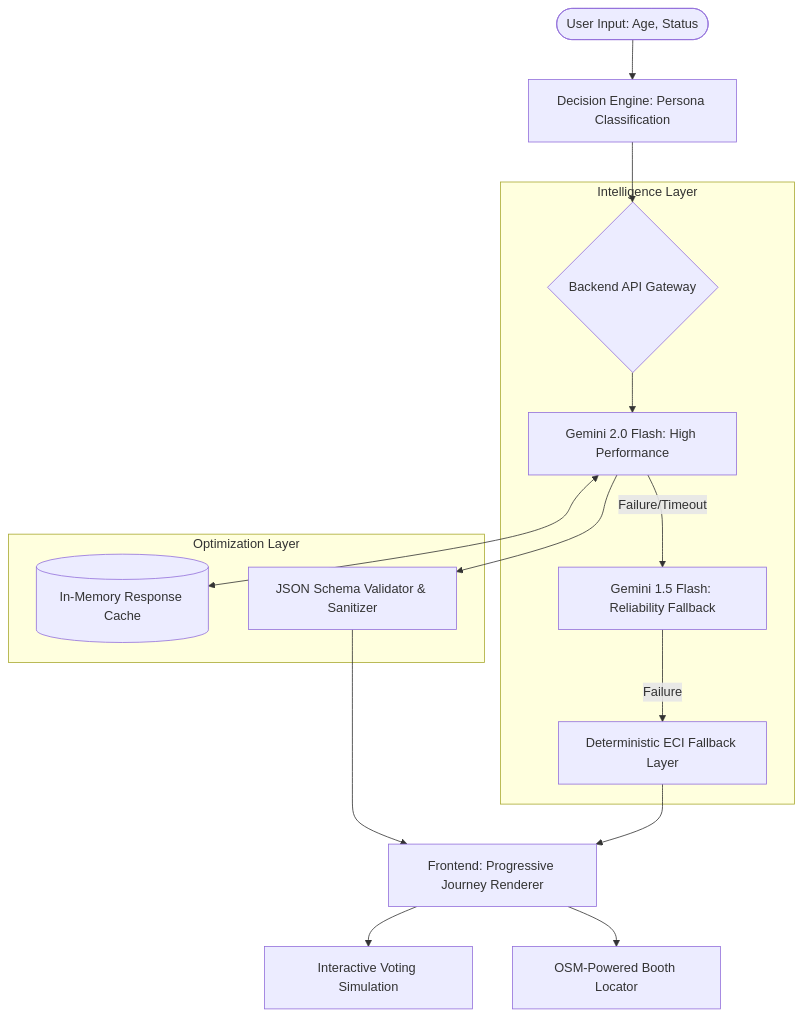
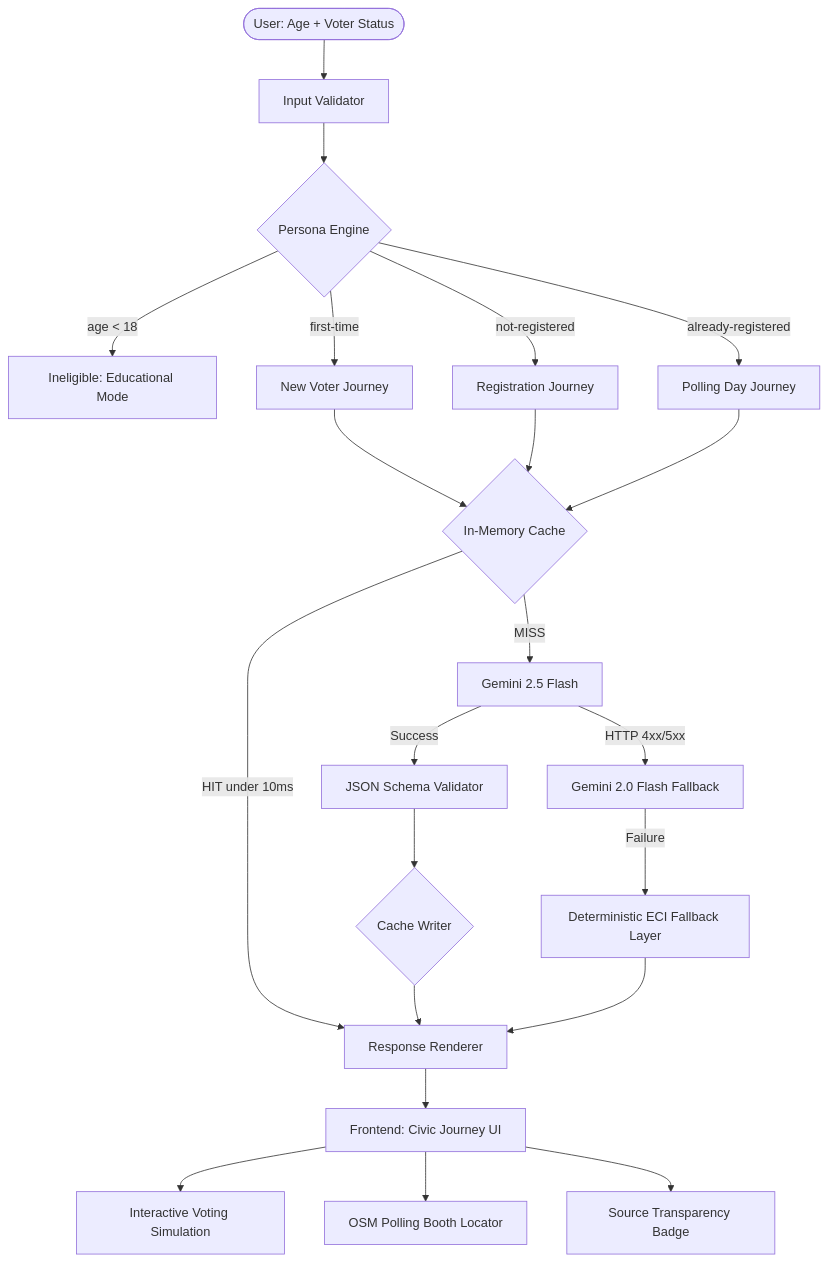
One commit to ITSSADSAGE/vote-yatra changed the diagram in README.md. Above: the diagram before and after it, drawn with Mermaid. The commit also changed other lines of this file and 23 other files, not shown here.

First line of the commit message:
feat: multilingual Gemini responses, loading state UX, Google Maps booth locator, system intelligence badge, cache fix

````diff
--- a/README.md
+++ b/README.md
@@ -20,21 +59,27 @@
 ```mermaid
 graph TD
-    User([User Input: Age, Status]) --> Logic[Decision Engine: Persona Classification]
-    Logic --> API_Gateway{Backend API Gateway}
-    
-    subgraph "Intelligence Layer"
-        API_Gateway --> Gemini_Primary[Gemini 2.0 Flash: High Performance]
-        Gemini_Primary -- Failure/Timeout --> Gemini_Secondary[Gemini 1.5 Flash: Reliability Fallback]
-        Gemini_Secondary -- Failure --> ECI_Static[Deterministic ECI Fallback Layer]
-    end
-    
-    subgraph "Optimization Layer"
-        Gemini_Primary <--> Cache[(In-Memory Response Cache)]
-        Gemini_Primary --> Sanitizer[JSON Schema Validator & Sanitizer]
-    end
-    
-    Sanitizer --> UI[Frontend: Progressive Journey Renderer]
-    ECI_Static --> UI
-    UI --> Sim[Interactive Voting Simulation]
-    UI --> Booth[OSM-Powered Booth Locator]
+    A([User: Age + Voter Status]) --> B[Input Validator]
+    B --> C{Persona Engine}
+
+    C -->|age < 18| D[Ineligible: Educational Mode]
+    C -->|first-time| E[New Voter Journey]
+    C -->|not-registered| F[Registration Journey]
+    C -->|already-registered| G[Polling Day Journey]
+
+    E & F & G --> H{In-Memory Cache}
+    H -->|HIT under 10ms| K[Response Renderer]
+    H -->|MISS| I[Gemini 2.5 Flash]
+
+    I -->|Success| J[JSON Schema Validator]
+    I -->|HTTP 4xx/5xx| L[Gemini 2.0 Flash Fallback]
+    L -->|Failure| M[Deterministic ECI Fallback Layer]
+
+    J --> N{Cache Writer}
+    N --> K
+    M --> K
+
+    K --> O[Frontend: Civic Journey UI]
+    O --> P[Interactive Voting Simulation]
+    O --> Q[OSM Polling Booth Locator]
+    O --> R[Source Transparency Badge]
 ```
````
